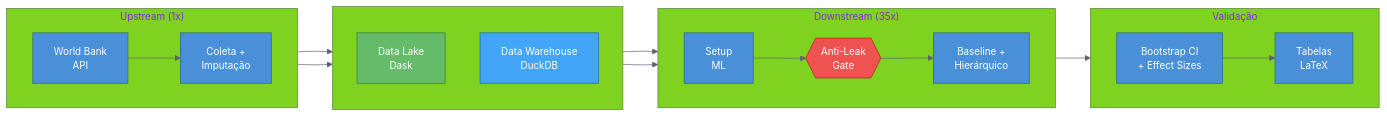
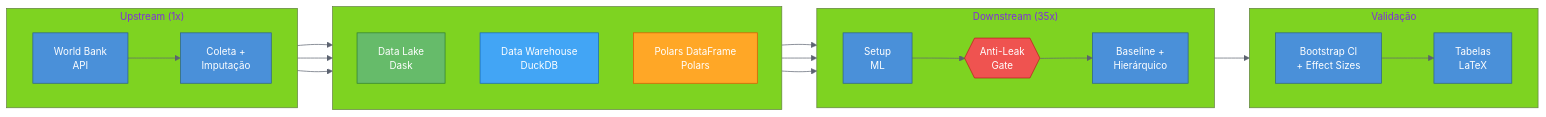
One commit to DATA-UFMS/rampart-framework changed the first of 5 diagrams in README.md. Above: the diagram before and after it, drawn with Mermaid. The commit also changed other lines of this file, not shown here.

First line of the commit message:
docs: atualiza README para 3 paradigmas (DL/DW/Polars)

````diff
--- a/README.md
+++ b/README.md
@@ -5,50 +5,52 @@
 ```mermaid
 ---
 config:
   theme: base
   themeVariables:
     primaryColor: "#4a90d9"
     primaryTextColor: "#fff"
     primaryBorderColor: "#2c5f8a"
     secondaryColor: "#f5a623"
     tertiaryColor: "#7ed321"
     lineColor: "#5c6370"
     fontSize: "14px"
 ---
 flowchart LR
     subgraph upstream ["Upstream (1x)"]
         direction LR
         A["World Bank\nAPI"]
         B["Coleta +\nImputação"]
         A --> B
     end
 
     subgraph fork [" "]
         direction TB
         DL["Data Lake\n Dask "]:::dask
         DW["Data Warehouse\n DuckDB "]:::duck
+        PL["Polars DataFrame\n Polars "]:::polars
     end
 
     subgraph downstream ["Downstream (35x)"]
         direction LR
         S["Setup\nML"]
         G{{"Anti-Leak\nGate"}}:::gate
         M["Baseline +\nHierárquico"]
         S --> G --> M
     end
 
     subgraph val ["Validação"]
         direction LR
         V["Bootstrap CI\n+ Effect Sizes"]
         T["Tabelas\nLaTeX"]
         V --> T
     end
 
-    B --> DL & DW
-    DL & DW --> S
+    B --> DL & DW & PL
+    DL & DW & PL --> S
     M --> V
 
     classDef dask fill:#66bb6a,stroke:#2e7d32,color:#fff
     classDef duck fill:#42a5f5,stroke:#1565c0,color:#fff
+    classDef polars fill:#ffa726,stroke:#e65100,color:#fff
     classDef gate fill:#ef5350,stroke:#b71c1c,color:#fff
 ```
````
